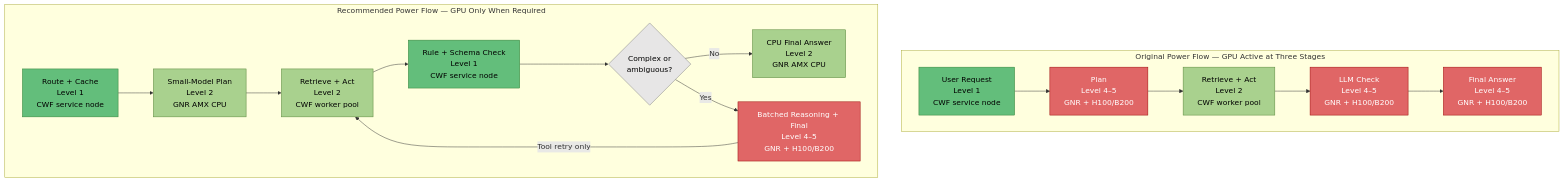
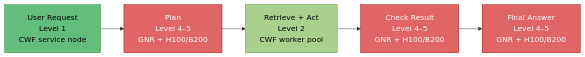
The third of 6 diagrams in AEM/agent_workflow_optimization_cwf_gnr_gpu.md (intel-ai-tce/ai-documents), drawn with Mermaid before and after one commit. The commit also changed other lines of this file, not shown here.

````diff
--- a/AEM/agent_workflow_optimization_cwf_gnr_gpu.md
+++ b/AEM/agent_workflow_optimization_cwf_gnr_gpu.md
@@ -100,41 +80,20 @@
 ```mermaid
-flowchart TB
-    subgraph ORIGINAL["Original Power Flow — GPU Active at Three Stages"]
-        direction LR
-        OA["User Request<br/>Level 1<br/>CWF service node"]
-        OB["Plan<br/>Level 4–5<br/>GNR + H100/B200"]
-        OC["Retrieve + Act<br/>Level 2<br/>CWF worker pool"]
-        OD["LLM Check<br/>Level 4–5<br/>GNR + H100/B200"]
-        OE["Final Answer<br/>Level 4–5<br/>GNR + H100/B200"]
+flowchart LR
+    A["User Request<br/>Level 1<br/>CWF service node"]
+    B["Plan<br/>Level 4–5<br/>GNR + H100/B200"]
+    C["Retrieve + Act<br/>Level 2<br/>CWF worker pool"]
+    D["Check Result<br/>Level 4–5<br/>GNR + H100/B200"]
+    E["Final Answer<br/>Level 4–5<br/>GNR + H100/B200"]
 
-        OA --> OB --> OC --> OD --> OE
-    end
-
-    subgraph OPTIMIZED["Recommended Power Flow — GPU Only When Required"]
-        direction LR
-        NA["Route + Cache<br/>Level 1<br/>CWF service node"]
-        NB["Small-Model Plan<br/>Level 2<br/>GNR AMX CPU"]
-        NC["Retrieve + Act<br/>Level 2<br/>CWF worker pool"]
-        ND["Rule + Schema Check<br/>Level 1<br/>CWF service node"]
-        NX{"Complex or<br/>ambiguous?"}
-        NE["CPU Final Answer<br/>Level 2<br/>GNR AMX CPU"]
-        NF["Batched Reasoning + Final<br/>Level 4–5<br/>GNR + H100/B200"]
-
-        NA --> NB --> NC --> ND --> NX
-        NX -->|No| NE
-        NX -->|Yes| NF
-        NF -->|Tool retry only| NC
-    end
+    A --> B --> C --> D --> E
 
     classDef level1 fill:#63BE7B,stroke:#2E7D32,color:#000
     classDef level2 fill:#A9D18E,stroke:#548235,color:#000
     classDef level3 fill:#FFD966,stroke:#BF9000,color:#000
     classDef level4 fill:#F4B183,stroke:#C65911,color:#000
     classDef level5 fill:#E06666,stroke:#990000,color:#fff
-    classDef decision fill:#E7E6E6,stroke:#7F7F7F,color:#000
 
-    class OA,NA,ND level1
-    class OC,NB,NC,NE level2
-    class OB,OD,OE,NF level5
-    class NX decision
+    class A level1
+    class C level2
+    class B,D,E level5
 ```
````
